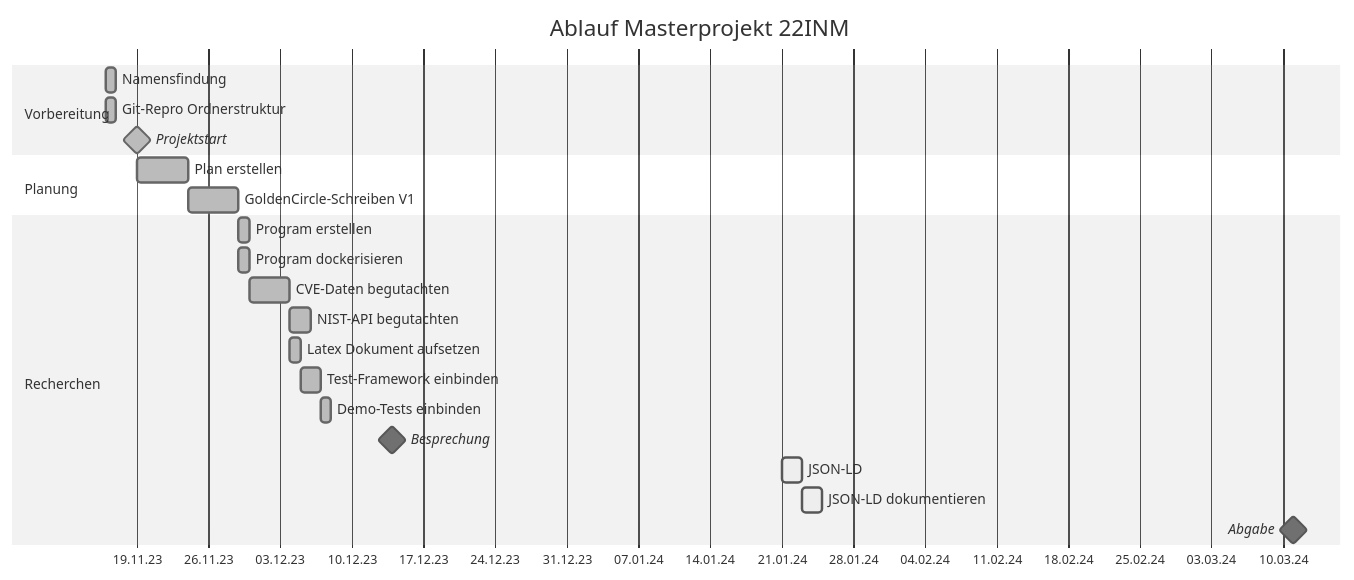
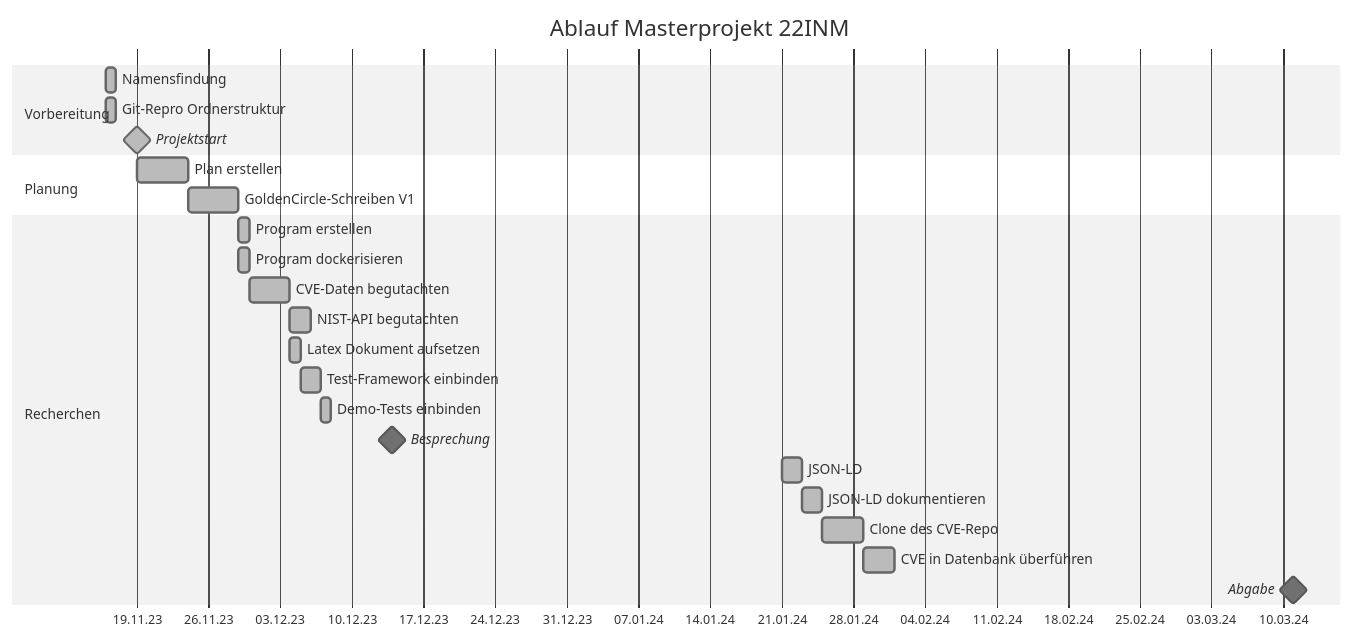
Before and after one commit to KnYL3R/AmIVulnerable: the diagram in documentation/planning/procedure.md, drawn with Mermaid (neutral theme). The commit also changed 1 other file, not shown here.

Commit message:
Gantt Update

````diff
--- a/documentation/planning/procedure.md
+++ b/documentation/planning/procedure.md
@@ -1,38 +1,41 @@
 ```mermaid
 gantt
     dateFormat  YYYY-MM-DD
     axisFormat  %d.%m.%y
     title       Ablauf Masterprojekt 22INM
     todayMarker off
 
     section Vorbereitung
     Namensfindung: done, V-1, 2023-11-16, 1d
     Git-Repro Ordnerstruktur: done, V-2, 2023-11-16, 1d
 
     Projektstart: done, milestone, 2023-11-19, 0d
 
     section Planung
     Plan erstellen: done, planerstellen, 2023-11-19, 5d
 
     GoldenCircle-Schreiben V1: done, goldencircleschreiben, after planerstellen, 5d
 
     section Recherchen
 
     Program erstellen: done, programmerstellen, after goldencircleschreiben, 1d
     Program dockerisieren: done, programmdockerisieren, after goldencircleschreiben, 1d
 
     CVE-Daten begutachten: done, cvedatenbegutachten, after programmdockerisieren, 4d
     NIST-API begutachten: done, nistapibegutachten, after cvedatenbegutachten, 2d
 
     Latex Dokument aufsetzen: done, latexdokumentaufsetzen, after cvedatenbegutachten, 1d
 
     Test-Framework einbinden: done, testframeworkeinbinden, after latexdokumentaufsetzen, 2d
     Demo-Tests einbinden: done, demotestseinbinden, after testframeworkeinbinden, 1d
 
     Besprechung: milestone, 2023-12-14, 0d
 
-    JSON-LD: active, json-ld, after besprechung, 2d
-    JSON-LD dokumentieren: active, json-ld-dokumentieren, after json-ld, 2d
+    JSON-LD: done, json-ld, after besprechung, 2d
+    JSON-LD dokumentieren: done, json-ld-dokumentieren, after json-ld, 2d
+
+    Clone des CVE-Repo: done, cloneCveRepo, after json-ld-dokumentieren, 4d
+    CVE in Datenbank überführen: done, cveToDatabase, after cloneCveRepo, 3d
 
     Abgabe: milestone, 2024-03-11, 0d
 ```
````
